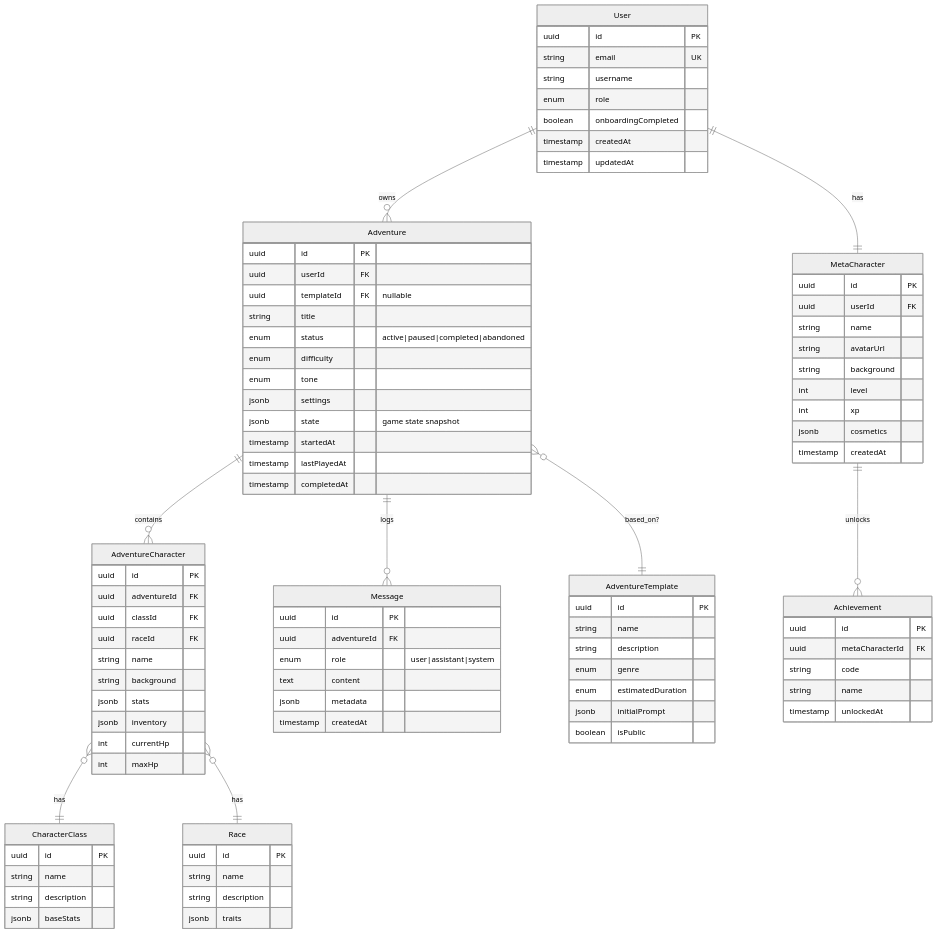
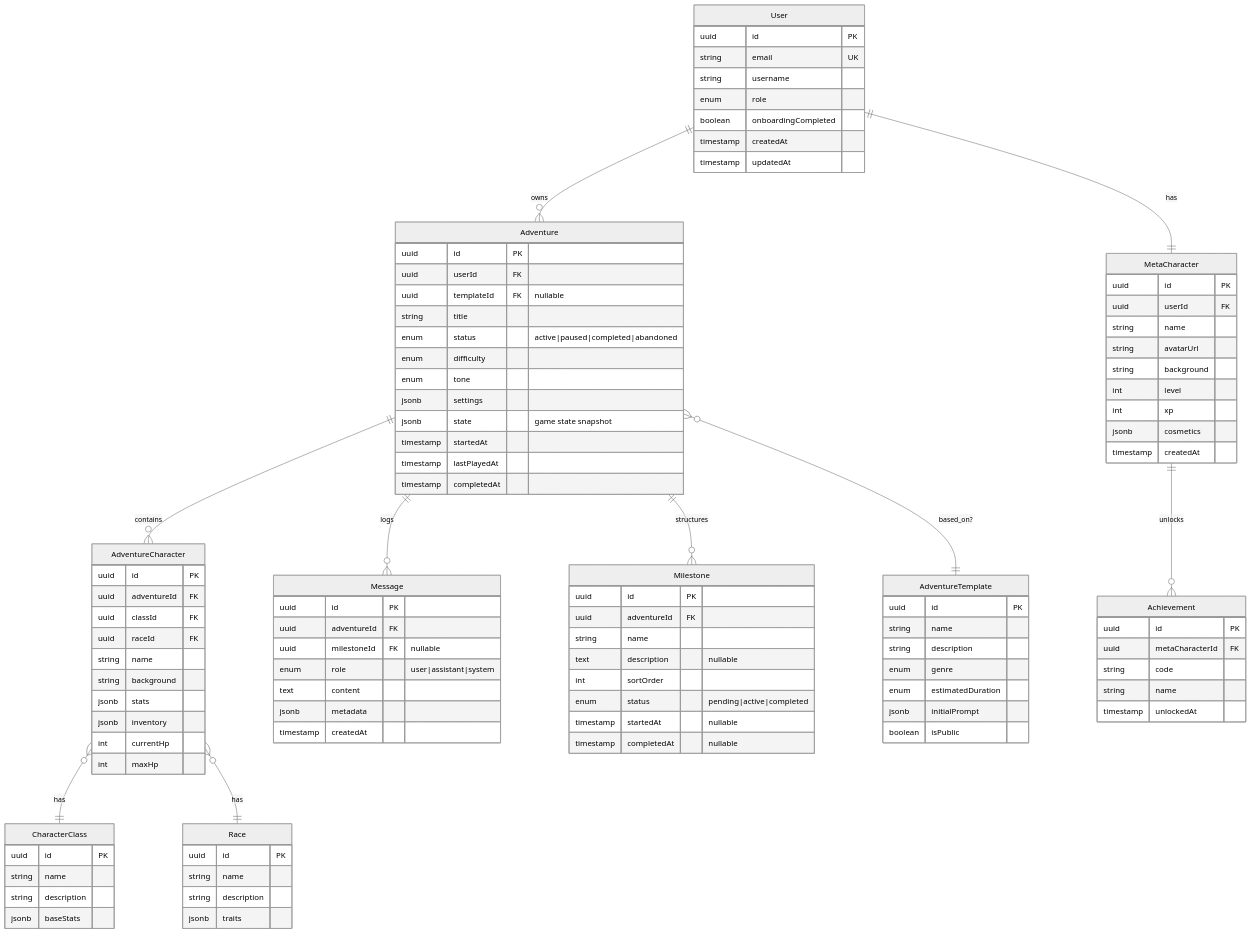
The diagram in docs/architecture/data-models.md (StrangeKd/jdrai), drawn with Mermaid (neutral theme) before and after one commit. The commit also changed other lines of this file and 7 other files, not shown here.

```diff
--- a/docs/architecture/data-models.md
+++ b/docs/architecture/data-models.md
@@ -12,6 +12,7 @@
     User ||--|| MetaCharacter : has
     Adventure ||--o{ AdventureCharacter : contains
     Adventure ||--o{ Message : logs
+    Adventure ||--o{ Milestone : structures
     Adventure }o--|| AdventureTemplate : "based_on?"
     MetaCharacter ||--o{ Achievement : unlocks
     AdventureCharacter }o--|| CharacterClass : has
@@ -54,6 +55,17 @@
         timestamp completedAt
     }
 
+    Milestone {
+        uuid id PK
+        uuid adventureId FK
+        string name
+        text description "nullable"
+        int sortOrder
+        enum status "pending|active|completed"
+        timestamp startedAt "nullable"
+        timestamp completedAt "nullable"
+    }
+
     AdventureCharacter {
         uuid id PK
         uuid adventureId FK
@@ -70,6 +82,7 @@
     Message {
         uuid id PK
         uuid adventureId FK
+        uuid milestoneId FK "nullable"
         enum role "user|assistant|system"
         text content
         jsonb metadata
```
